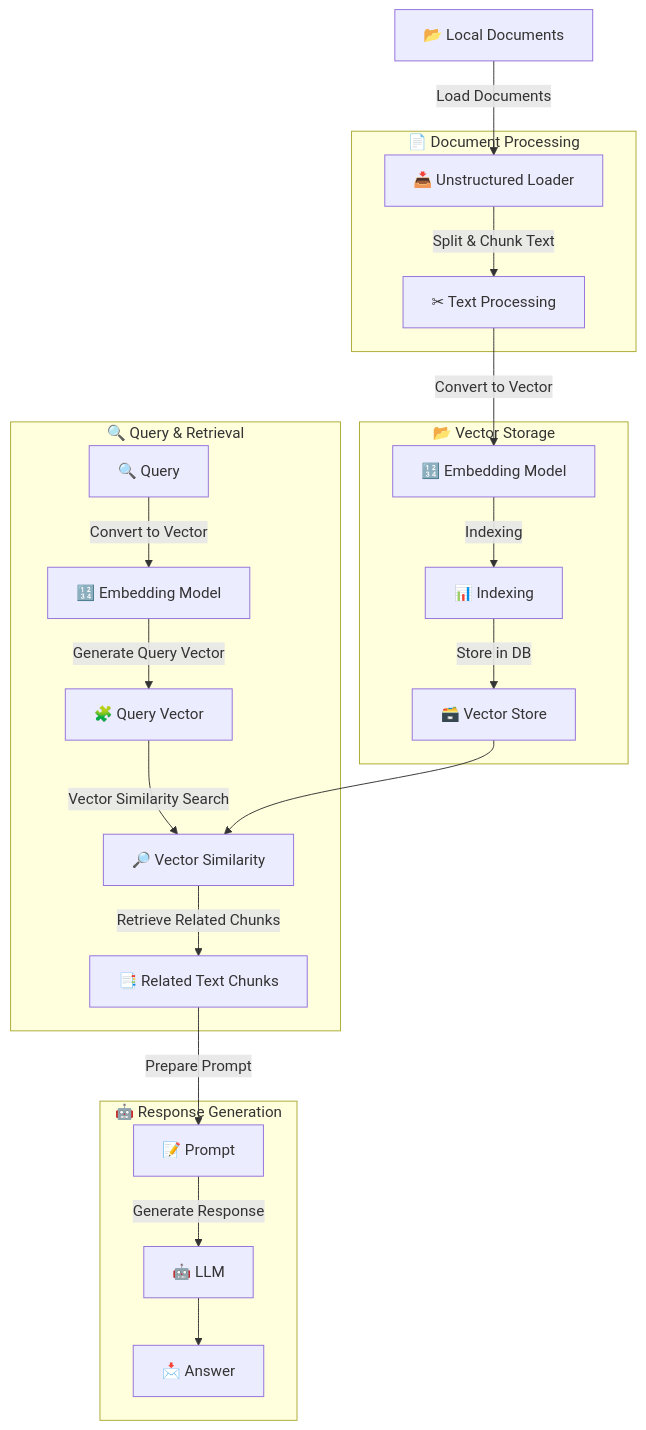
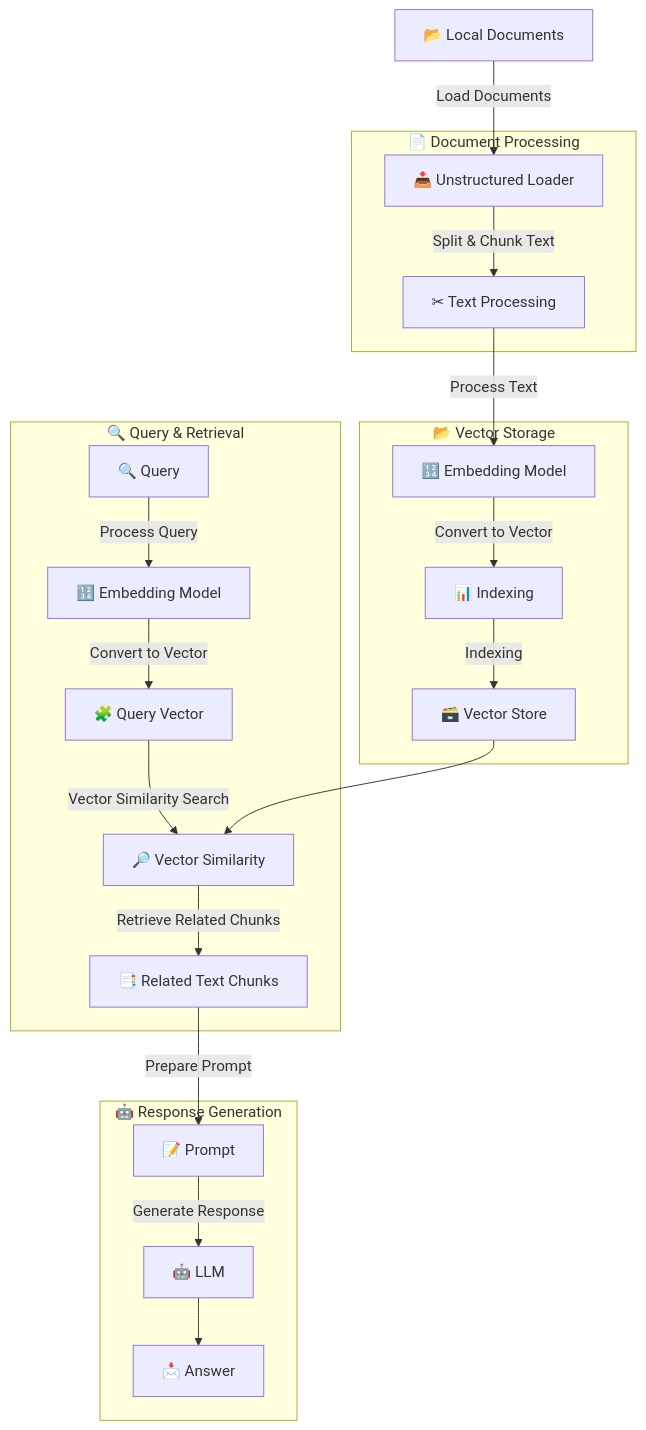
The diagram in RAG.md (Danielyan86/nlp-workshop), drawn with Mermaid before and after one commit.

Commit message:
Refactor RAG.md to streamline the flowchart and remove outdated sections. Updated document processing steps for clarity, replacing specific terms and enhancing the overall structure. Removed sections on core concepts and DIFY demo to focus on essential content.

````diff
--- a/RAG.md
+++ b/RAG.md
@@ -46,46 +46,46 @@
 ```mermaid
 flowchart TD
     %% Document Processing
     subgraph subGraph0["📄 Document Processing"]
         B["📥 Unstructured Loader"]
         C["✂ Text Processing"]
     end
 
     %% Vector Storage
     subgraph subGraph1["📂 Vector Storage"]
         E["🔢 Embedding Model"]
         F["📊 Indexing"]
         G["🗃️ Vector Store"]
     end
 
     %% Query & Retrieval
     subgraph subGraph2["🔍 Query & Retrieval"]
         H["🔍 Query"]
         I["🔢 Embedding Model"]
         J["🧩 Query Vector"]
         K["🔎 Vector Similarity"]
         L["📑 Related Text Chunks"]
     end
 
     %% Response Generation
     subgraph subGraph3["🤖 Response Generation"]
         M["📝 Prompt"]
         N["🤖 LLM"]
         O["📩 Answer"]
     end
 
     %% Flow connections
     A["📂 Local Documents"] -->|Load Documents| B
     B -->|Split & Chunk Text| C
-    C -->|Convert to Vector| E
-    E -->|Indexing| F
-    F -->|Store in DB| G
-    H -->|Convert to Vector| I
-    I -->|Generate Query Vector| J
+    C -->|Process Text| E
+    E -->|Convert to Vector| F
+    F -->|Indexing| G
+    H -->|Process Query| I
+    I -->|Convert to Vector| J
     J -->|Vector Similarity Search| K
     K -->|Retrieve Related Chunks| L
     L -->|Prepare Prompt| M
     M -->|Generate Response| N
     N --> O
     G --> K
 ```
````
